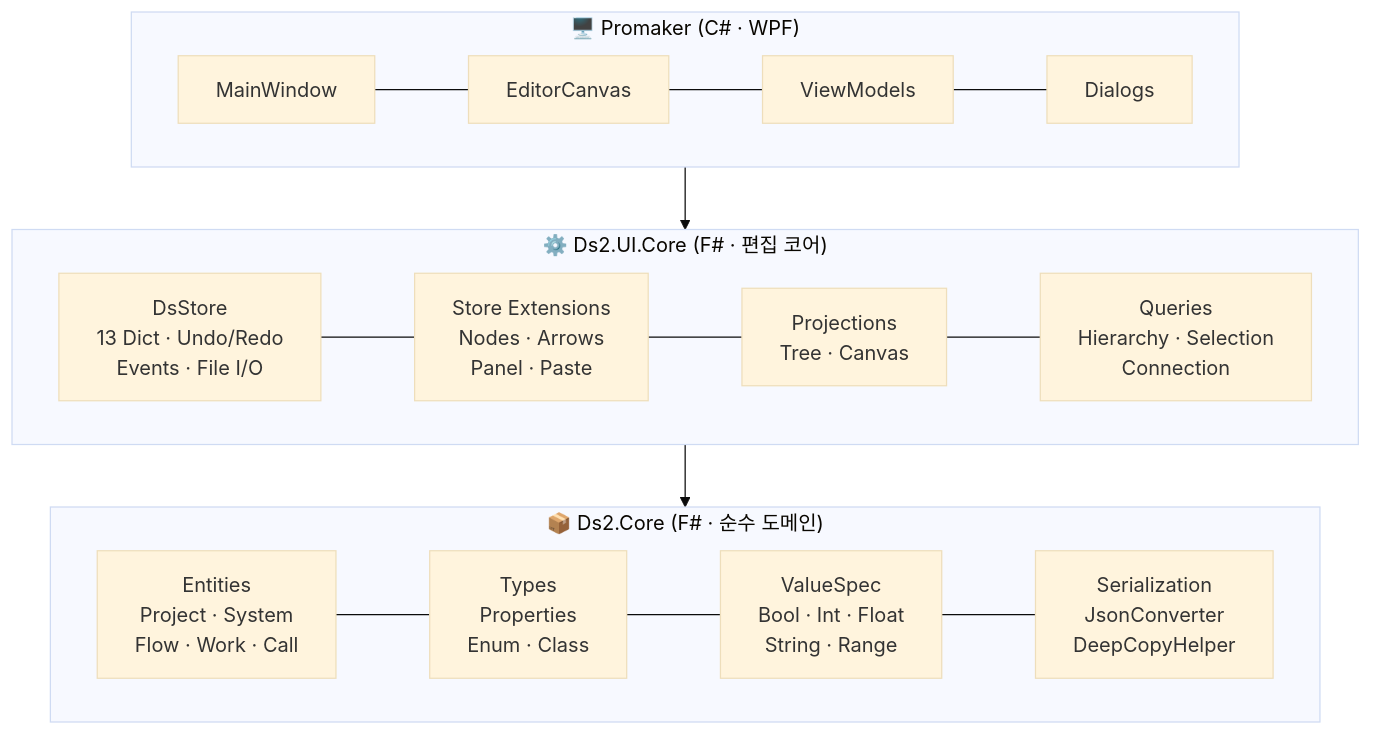
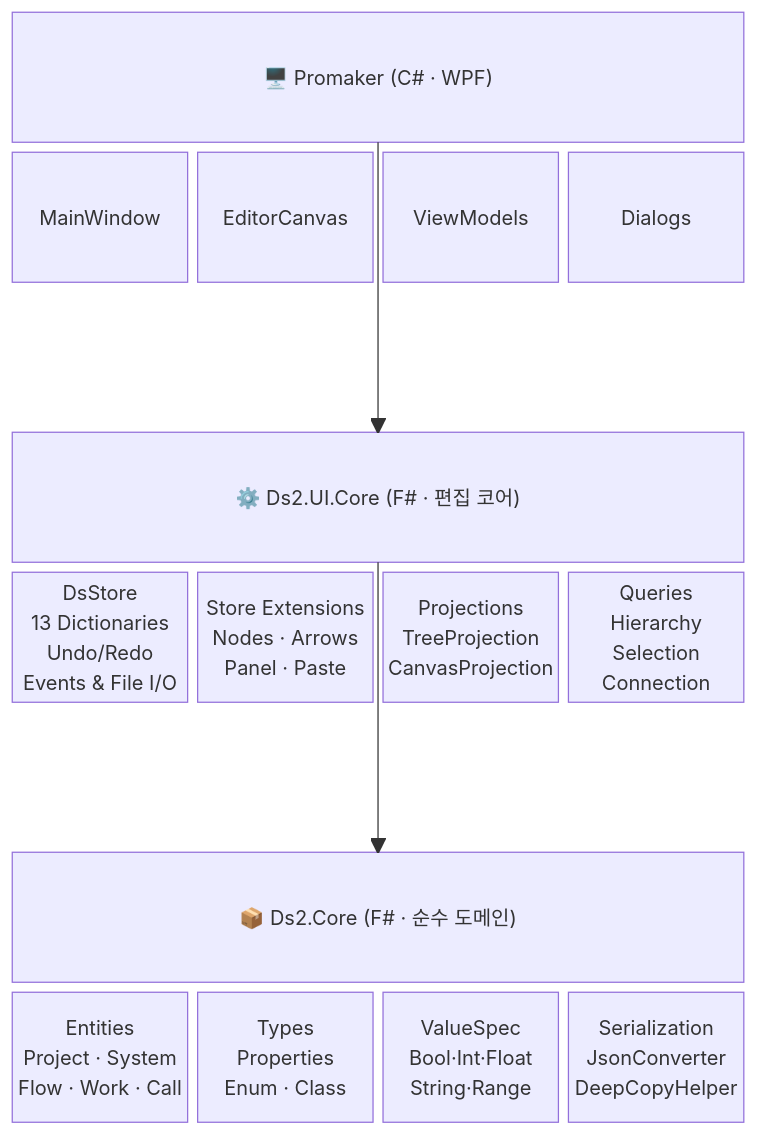
Before and after one commit to DualsoftDev/ds2: the second of 7 diagrams in README.md, drawn with Mermaid. The commit also changed other lines of this file and 85 other files, not shown here.

````diff
--- a/README.md
+++ b/README.md
@@ -43,21 +42,26 @@
 ```mermaid
-%%{init: {'theme': 'base', 'flowchart': {'curve': 'linear'}}}%%
-flowchart TD
-  subgraph PM_Layer["🖥️ Promaker (C# · WPF)"]
-    direction LR
-    MW["MainWindow"] --- EC["EditorCanvas"] --- VM["ViewModels"] --- DLG["Dialogs"]
-  end
+block-beta
+  columns 4
 
-  subgraph UIC_Layer["⚙️ Ds2.UI.Core (F# · 편집 코어)"]
-    direction LR
-    DS["DsStore\n13 Dict · Undo/Redo\nEvents · File I/O"] --- ST["Store Extensions\nNodes · Arrows\nPanel · Paste"] --- PJ["Projections\nTree · Canvas"] --- QR["Queries\nHierarchy · Selection\nConnection"]
-  end
+  UITITLE["🖥️ Promaker (C# · WPF)"]:4
+  MW["MainWindow"] EC["EditorCanvas"] VM["ViewModels"] DLG["Dialogs"]
 
-  subgraph CORE_Layer["📦 Ds2.Core (F# · 순수 도메인)"]
-    direction LR
-    ENT["Entities\nProject · System\nFlow · Work · Call"] --- TYP["Types\nProperties\nEnum · Class"] --- VS["ValueSpec\nBool · Int · Float\nString · Range"] --- SER["Serialization\nJsonConverter\nDeepCopyHelper"]
-  end
+  space:4
 
-  PM_Layer --> UIC_Layer
-  UIC_Layer --> CORE_Layer
+  UICORETITLE["⚙️ Ds2.UI.Core (F# · 편집 코어)"]:4
+  DS["DsStore\n13 Dictionaries\nUndo/Redo\nEvents & File I/O"]
+  ST["Store Extensions\nNodes · Arrows\nPanel · Paste"]
+  PJ["Projections\nTreeProjection\nCanvasProjection"]
+  QR["Queries\nHierarchy\nSelection\nConnection"]
+
+  space:4
+
+  CORETITLE["📦 Ds2.Core (F# · 순수 도메인)"]:4
+  ENT["Entities\nProject · System\nFlow · Work · Call"]
+  TYP["Types\nProperties\nEnum · Class"]
+  VS["ValueSpec\nBool·Int·Float\nString·Range"]
+  SER["Serialization\nJsonConverter\nDeepCopyHelper"]
+
+  UITITLE --> UICORETITLE
+  UICORETITLE --> CORETITLE
 ```
````
